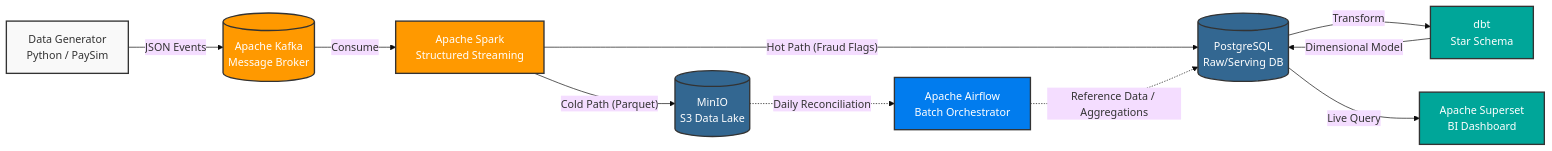
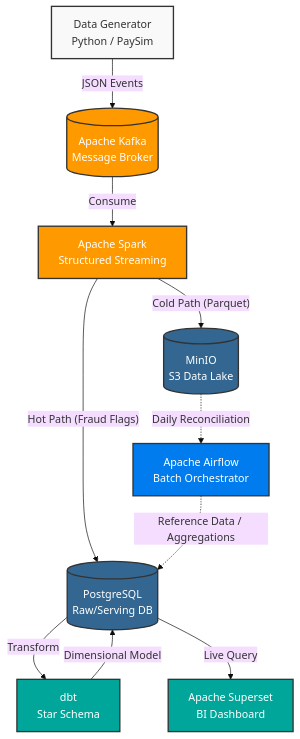
Before and after one commit to kavindugit/finpulse-pipeline: the diagram in README.md, drawn with Mermaid (base theme).

Commit message:
docs: improve architecture diagram readability by changing layout to TD

````diff
--- a/README.md
+++ b/README.md
@@ -20,34 +20,34 @@
 ```mermaid
-flowchart LR
+flowchart TD
     %% Colors and Styles
     classDef generator fill:#f9f9f9,stroke:#333,stroke-width:2px;
     classDef stream fill:#ff9900,stroke:#333,stroke-width:2px,color:#fff;
     classDef storage fill:#336791,stroke:#333,stroke-width:2px,color:#fff;
     classDef orchestration fill:#017CEE,stroke:#333,stroke-width:2px,color:#fff;
     classDef analytics fill:#00A699,stroke:#333,stroke-width:2px,color:#fff;
     
     %% Nodes
     A[Data Generator<br>Python / PaySim]:::generator
     B[(Apache Kafka<br>Message Broker)]:::stream
     C[Apache Spark<br>Structured Streaming]:::stream
     D[(MinIO<br>S3 Data Lake)]:::storage
     E[(PostgreSQL<br>Raw/Serving DB)]:::storage
     F[Apache Airflow<br>Batch Orchestrator]:::orchestration
     G[dbt<br>Star Schema]:::analytics
     H[Apache Superset<br>BI Dashboard]:::analytics
     
     %% Relationships
     A -- JSON Events --> B
     B -- Consume --> C
     
     C -- "Hot Path (Fraud Flags)" --> E
     C -- "Cold Path (Parquet)" --> D
     
     D -. "Daily Reconciliation" .-> F
     F -. "Reference Data / Aggregations" .-> E
     
     E -- "Transform" --> G
     G -- "Dimensional Model" --> E
     
     E -- "Live Query" --> H
 ```
````
